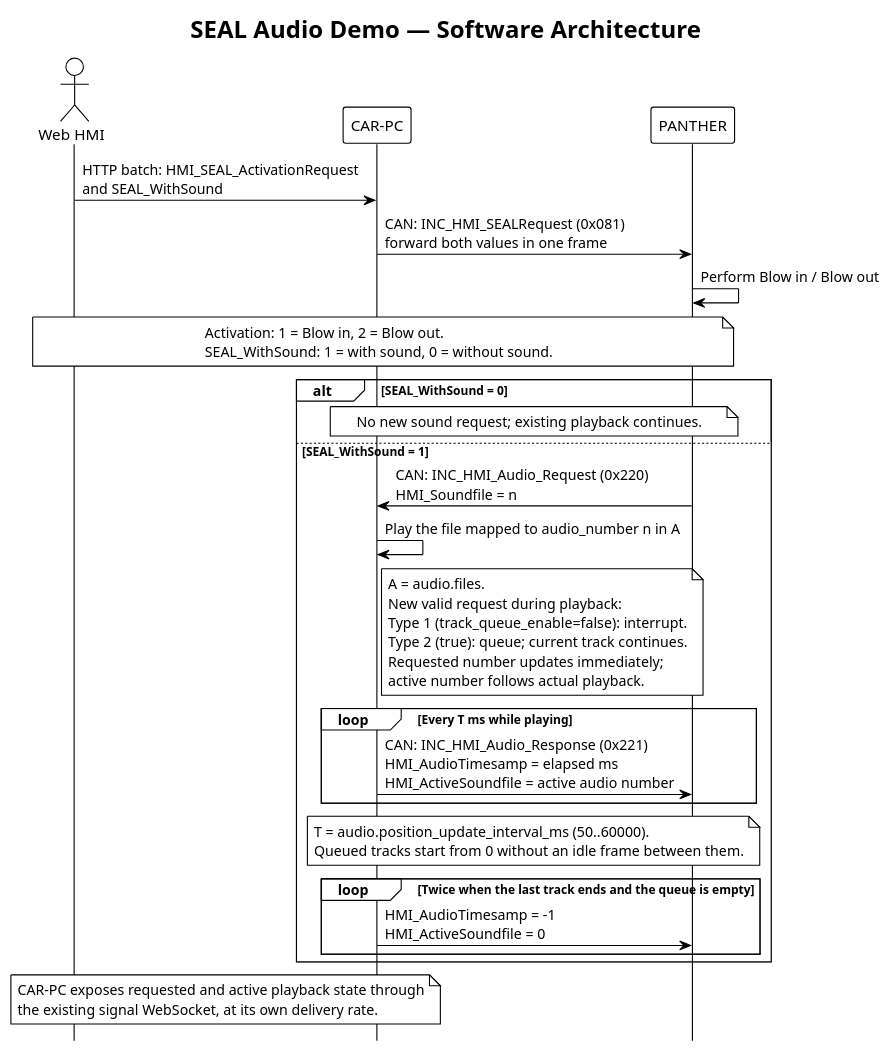
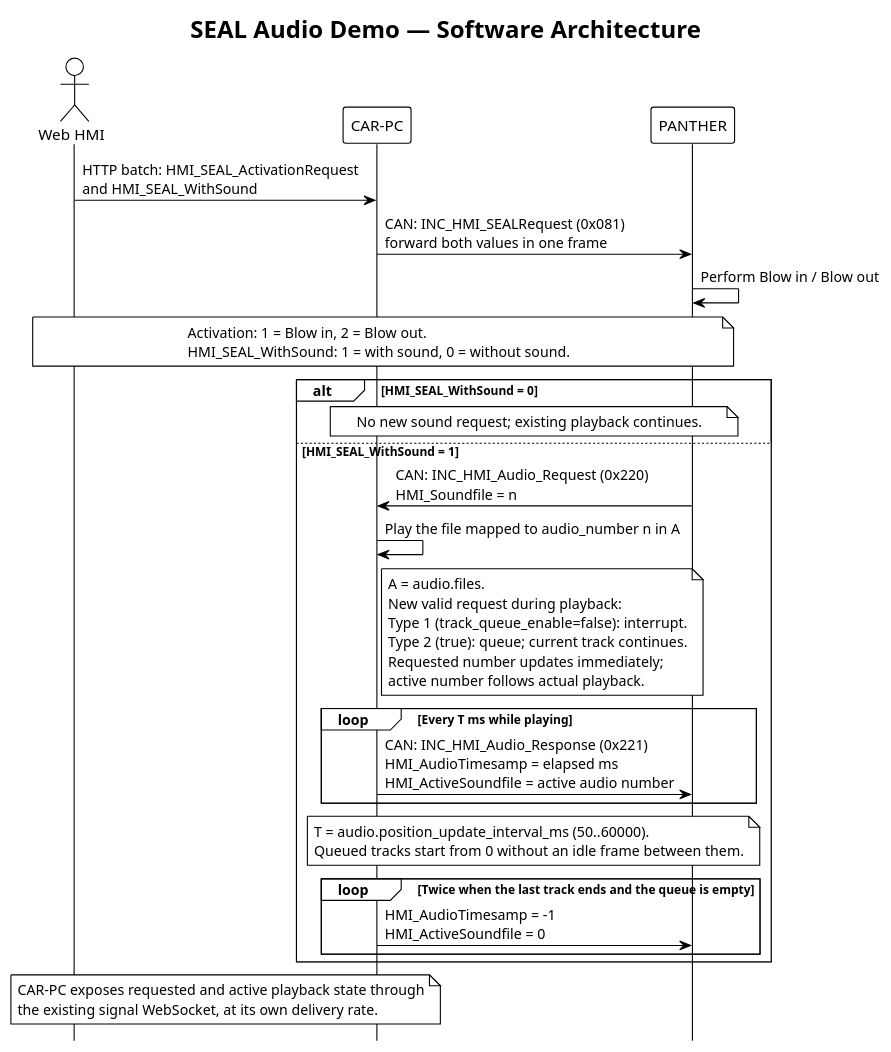
The diagram in diagram/SAD/SAD_sequence_audio_demo.puml (3tdn/car-hmi), drawn with PlantUML before and after one commit. The commit also changed 25 other files, not shown here.

```diff
--- a/diagram/SAD/SAD_sequence_audio_demo.puml
+++ b/diagram/SAD/SAD_sequence_audio_demo.puml
@@ -1,47 +1,47 @@
 @startuml SAD_sequence_audio_demo
 !theme plain
 title SEAL Audio Demo — Software Architecture
 hide footbox
 
 actor "Web HMI" as hmi
 participant "CAR-PC" as carpc
 participant "PANTHER" as panther
 
-hmi -> carpc : HTTP batch: HMI_SEAL_ActivationRequest\nand SEAL_WithSound
+hmi -> carpc : HTTP batch: HMI_SEAL_ActivationRequest\nand HMI_SEAL_WithSound
 carpc -> panther : CAN: INC_HMI_SEALRequest (0x081)\nforward both values in one frame
 panther -> panther : Perform Blow in / Blow out
 note over hmi, panther
   Activation: 1 = Blow in, 2 = Blow out.
-  SEAL_WithSound: 1 = with sound, 0 = without sound.
+  HMI_SEAL_WithSound: 1 = with sound, 0 = without sound.
 end note
 
-alt SEAL_WithSound = 0
+alt HMI_SEAL_WithSound = 0
     note over carpc, panther : No new sound request; existing playback continues.
-else SEAL_WithSound = 1
+else HMI_SEAL_WithSound = 1
     panther -> carpc : CAN: INC_HMI_Audio_Request (0x220)\nHMI_Soundfile = n
     carpc -> carpc : Play the file mapped to audio_number n in A
     note right of carpc
       A = audio.files.
       New valid request during playback:
       Type 1 (track_queue_enable=false): interrupt.
       Type 2 (true): queue; current track continues.
       Requested number updates immediately;
       active number follows actual playback.
     end note
     loop Every T ms while playing
         carpc -> panther : CAN: INC_HMI_Audio_Response (0x221)\nHMI_AudioTimesamp = elapsed ms\nHMI_ActiveSoundfile = active audio number
     end
     note over carpc, panther
       T = audio.position_update_interval_ms (50..60000).
       Queued tracks start from 0 without an idle frame between them.
     end note
     loop Twice when the last track ends and the queue is empty
         carpc -> panther : HMI_AudioTimesamp = -1\nHMI_ActiveSoundfile = 0
     end
 end
 
 note over hmi, carpc
   CAR-PC exposes requested and active playback state through
   the existing signal WebSocket, at its own delivery rate.
 end note
 @enduml
```
